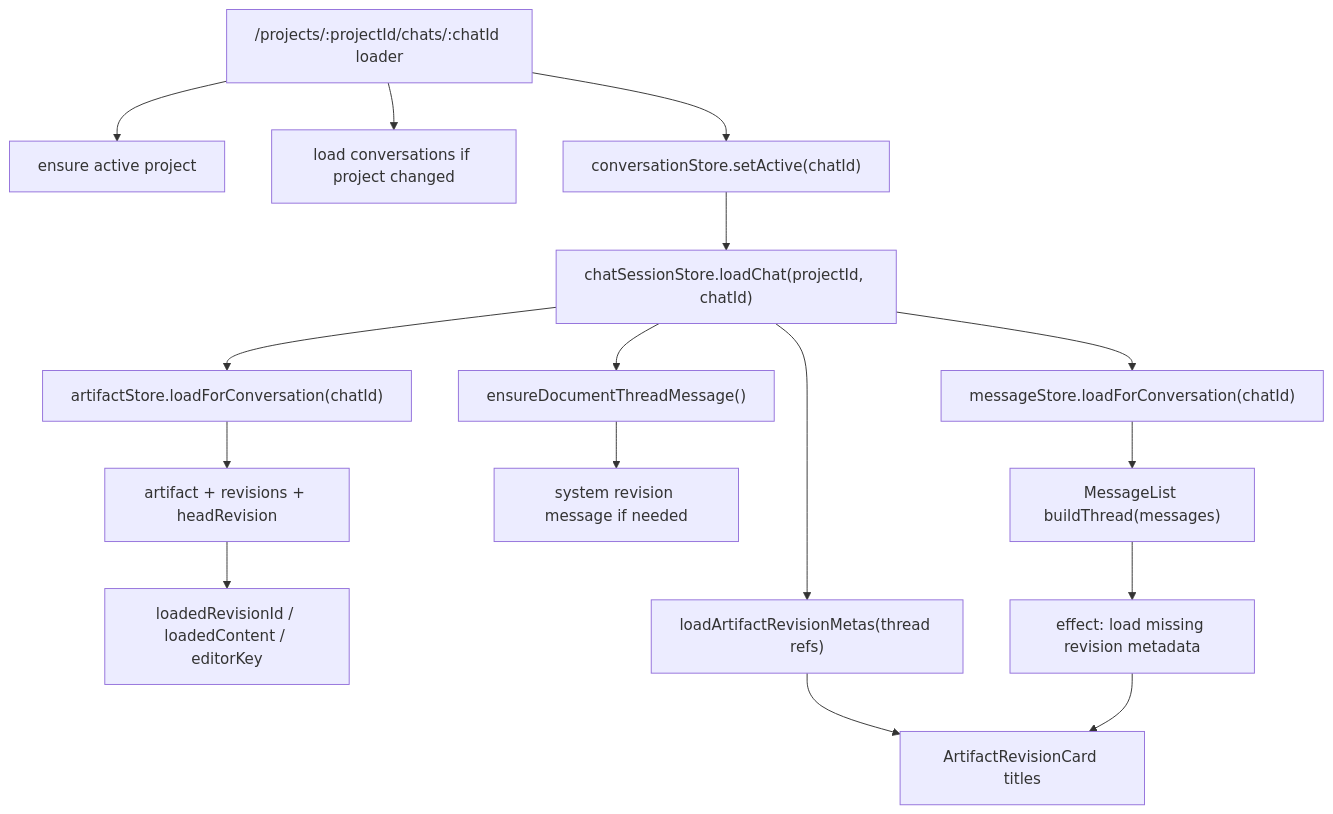
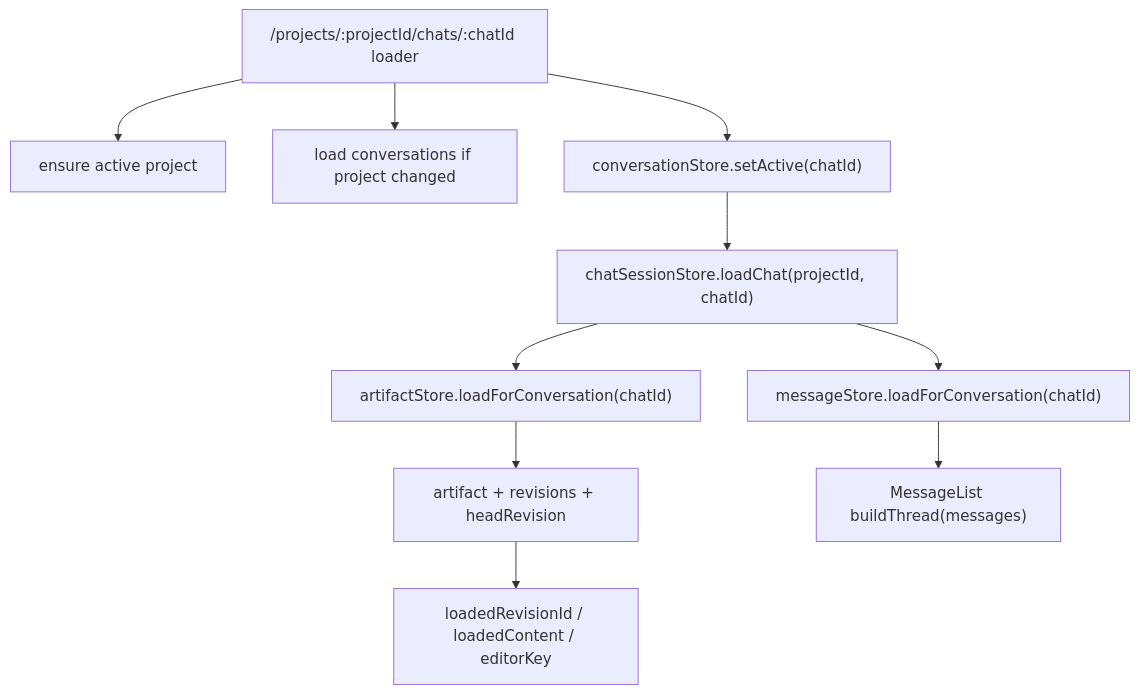
One commit to jpetroff/ai-cowork-assistant changed the diagram in .memory/chat-artifact-loading.md. Above: the diagram before and after it, drawn with Mermaid. The commit also changed other lines of this file and 14 other files, not shown here.

````diff
--- a/.memory/chat-artifact-loading.md
+++ b/.memory/chat-artifact-loading.md
@@ -5,21 +5,14 @@
 ```mermaid
 flowchart TD
   Route["/projects/:projectId/chats/:chatId loader"] --> Project["ensure active project"]
   Route --> Conversations["load conversations if project changed"]
   Route --> ActiveChat["conversationStore.setActive(chatId)"]
   ActiveChat --> Session["chatSessionStore.loadChat(projectId, chatId)"]
 
   Session --> Messages["messageStore.loadForConversation(chatId)"]
   Session --> Artifact["artifactStore.loadForConversation(chatId)"]
   Artifact --> Head["artifact + revisions + headRevision"]
   Head --> Editor["loadedRevisionId / loadedContent / editorKey"]
 
-  Session --> Anchor["ensureDocumentThreadMessage()"]
-  Anchor --> SysMsg["system revision message if needed"]
-  Session --> Meta["loadArtifactRevisionMetas(thread refs)"]
-  Meta --> Cards["ArtifactRevisionCard titles"]
-
   Messages --> List["MessageList buildThread(messages)"]
-  List --> MetaEffect["effect: load missing revision metadata"]
-  MetaEffect --> Cards
 ```
````
